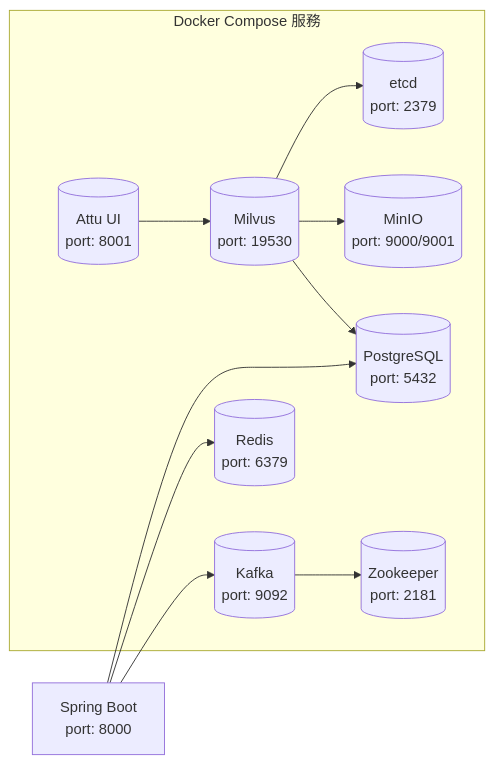
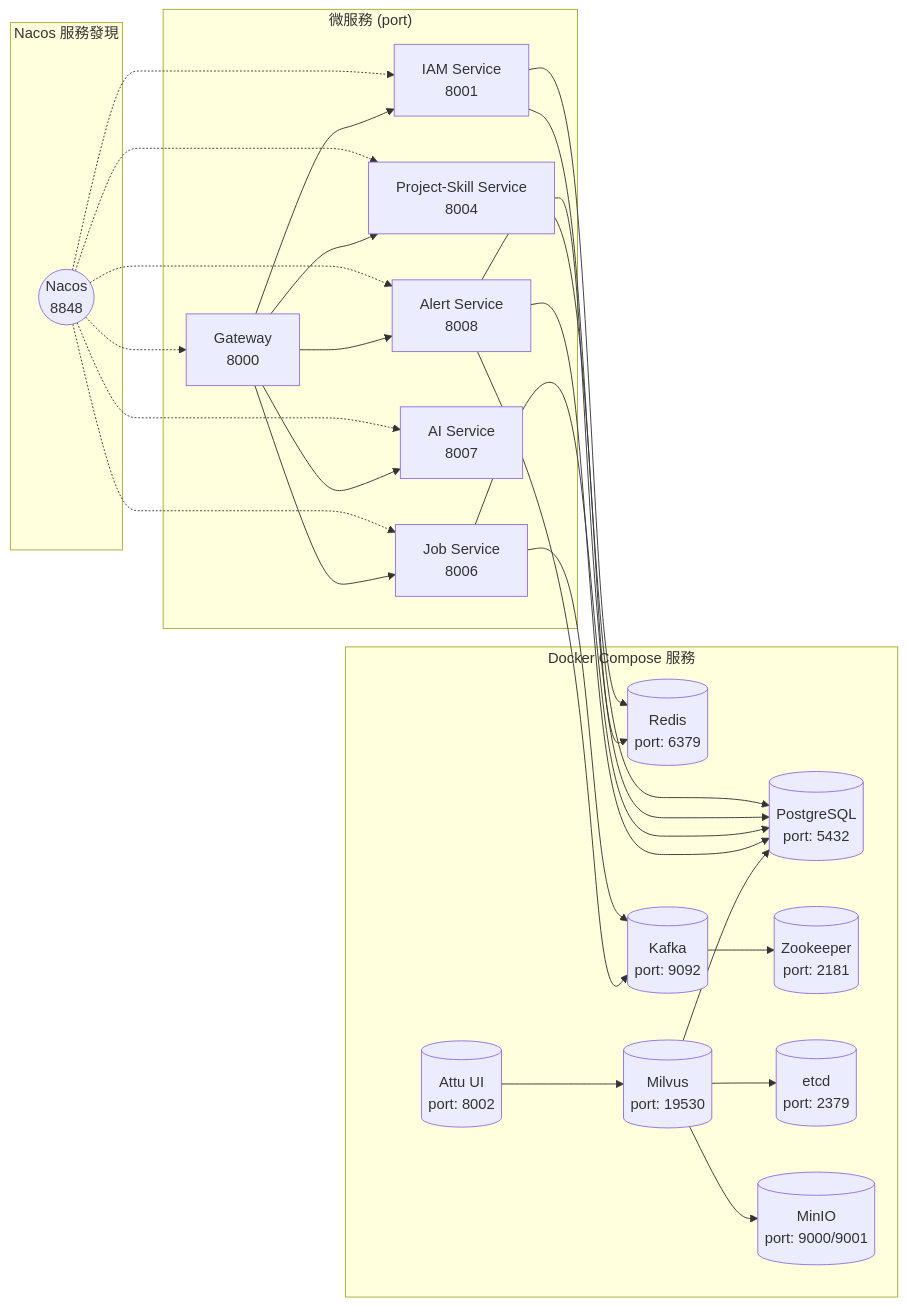
Before and after one commit to twinatrick/Backend-Architecture-Lab: the third of 8 diagrams in README.md, drawn with Mermaid. The commit also changed other lines of this file and 53 other files, not shown here.

````diff
--- a/README.md
+++ b/README.md
@@ -169,22 +169,38 @@
 ```mermaid
 graph LR
     subgraph "Docker Compose 服務"
         PG[(PostgreSQL<br/>port: 5432)]
         RD[(Redis<br/>port: 6379)]
         ZK[(Zookeeper<br/>port: 2181)]
         KF[(Kafka<br/>port: 9092)]
         ETCD[(etcd<br/>port: 2379)]
         MINIO[(MinIO<br/>port: 9000/9001)]
         MILVUS[(Milvus<br/>port: 19530)]
-        ATTU[(Attu UI<br/>port: 8001)]
+        ATTU[(Attu UI<br/>port: 8002)]
     end
 
-    Backend[Spring Boot<br/>port: 8000] --> PG
-    Backend --> RD
-    Backend --> KF
+    subgraph "微服務 (port)"
+        GW[Gateway<br/>8000]
+        IAM[IAM Service<br/>8001]
+        PSS[Project-Skill Service<br/>8004]
+        JOB[Job Service<br/>8006]
+        AI[AI Service<br/>8007]
+        ALT[Alert Service<br/>8008]
+    end
+
+    subgraph "Nacos 服務發現"
+        NC((Nacos<br/>8848))
+    end
+
+    NC -.-> GW & IAM & PSS & JOB & AI & ALT
+
+    GW --> IAM & PSS & JOB & AI & ALT
+    IAM & PSS & JOB & ALT --> PG
+    IAM & ALT --> RD
+    JOB & ALT --> KF
     KF --> ZK
     MILVUS --> ETCD
     MILVUS --> MINIO
     MILVUS --> PG
     ATTU --> MILVUS
 ```
````
